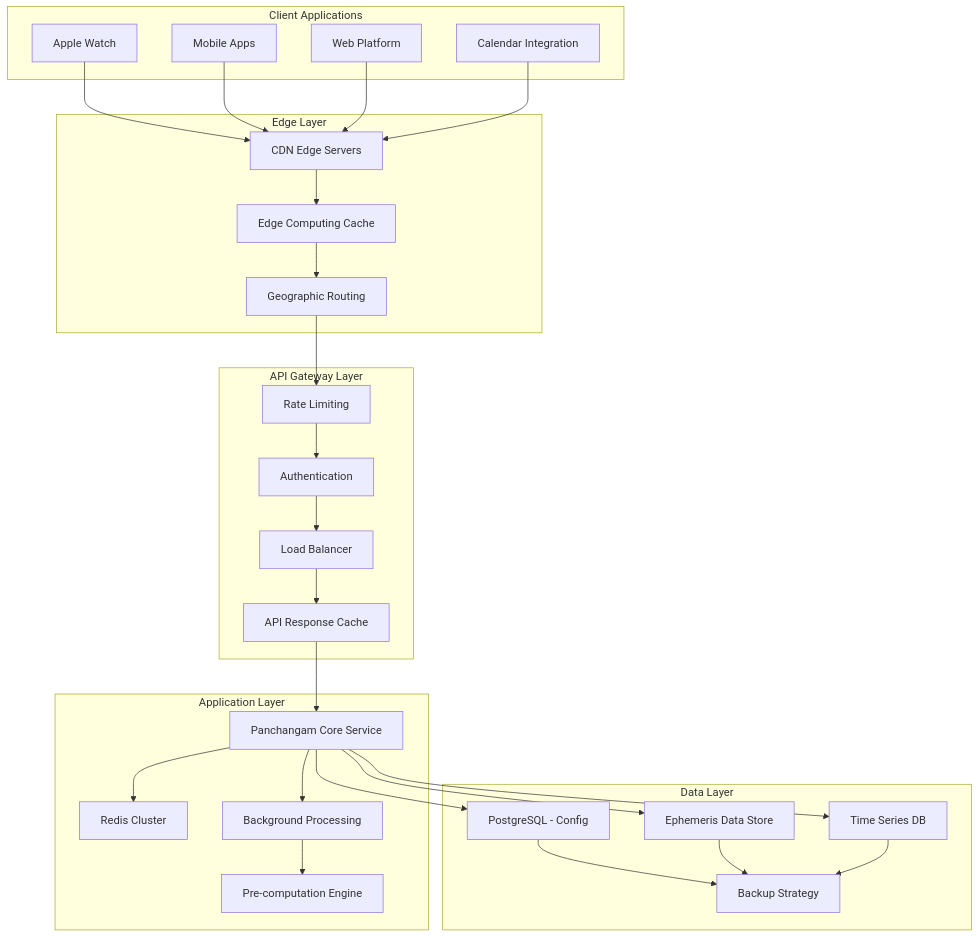
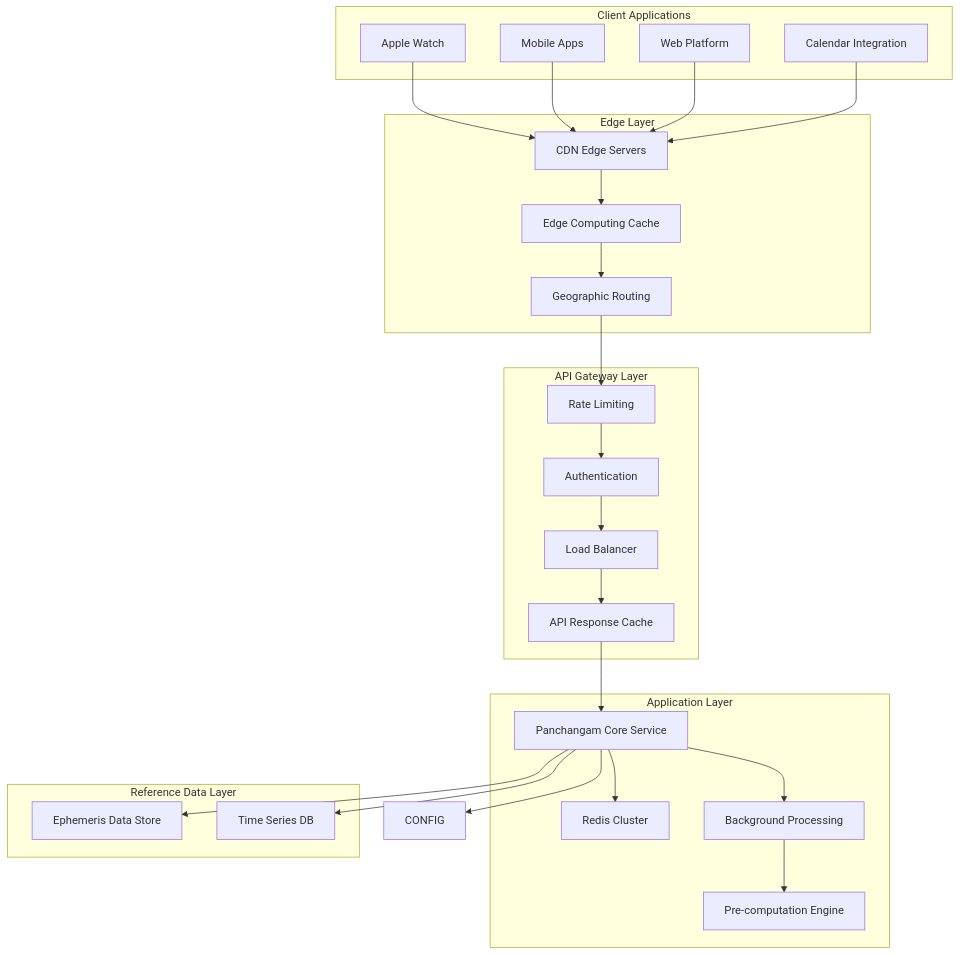
One commit to naren-m/panchangam changed the fifth of 5 diagrams in docs/design/everyday-integration-architecture.md. Above: the diagram before and after it, drawn with Mermaid. The commit also changed other lines of this file and 494 other files, not shown here.

````diff
--- a/docs/design/everyday-integration-architecture.md
+++ b/docs/design/everyday-integration-architecture.md
@@ -487,62 +487,57 @@
 ```mermaid
 graph TB
     subgraph "Client Applications"
         WATCH[Apple Watch]
         MOBILE[Mobile Apps]
         WEB[Web Platform]
         CALENDAR[Calendar Integration]
     end
-    
+
     subgraph "Edge Layer"
         CDN[CDN Edge Servers]
         EDGE_CACHE[Edge Computing Cache]
         GEO_ROUTING[Geographic Routing]
     end
-    
+
     subgraph "API Gateway Layer"
         RATE_LIMIT[Rate Limiting]
         AUTH[Authentication]
         LOAD_BALANCER[Load Balancer]
         API_CACHE[API Response Cache]
     end
-    
+
     subgraph "Application Layer"
         PANCHANGAM_SERVICE[Panchangam Core Service]
         REDIS[Redis Cluster]
         BACKGROUND_JOBS[Background Processing]
         PRECOMPUTE[Pre-computation Engine]
     end
-    
-    subgraph "Data Layer"
-        POSTGRES[PostgreSQL - Config]
+
+    subgraph "Reference Data Layer"
         EPHEMERIS[Ephemeris Data Store]
         TIME_SERIES[Time Series DB]
-        BACKUP[Backup Strategy]
     end
-    
+
     WATCH --> CDN
     MOBILE --> CDN
     WEB --> CDN
     CALENDAR --> CDN
-    
+
     CDN --> EDGE_CACHE
     EDGE_CACHE --> GEO_ROUTING
     GEO_ROUTING --> RATE_LIMIT
-    
+
     RATE_LIMIT --> AUTH
     AUTH --> LOAD_BALANCER
     LOAD_BALANCER --> API_CACHE
-    
+
     API_CACHE --> PANCHANGAM_SERVICE
     PANCHANGAM_SERVICE --> REDIS
     PANCHANGAM_SERVICE --> BACKGROUND_JOBS
     BACKGROUND_JOBS --> PRECOMPUTE
-    
-    PANCHANGAM_SERVICE --> POSTGRES
+
     PANCHANGAM_SERVICE --> EPHEMERIS
     PANCHANGAM_SERVICE --> TIME_SERIES
-    
-    POSTGRES --> BACKUP
-    EPHEMERIS --> BACKUP
-    TIME_SERIES --> BACKUP
+    PANCHANGAM_SERVICE --> CONFIG
+
 ```
````
